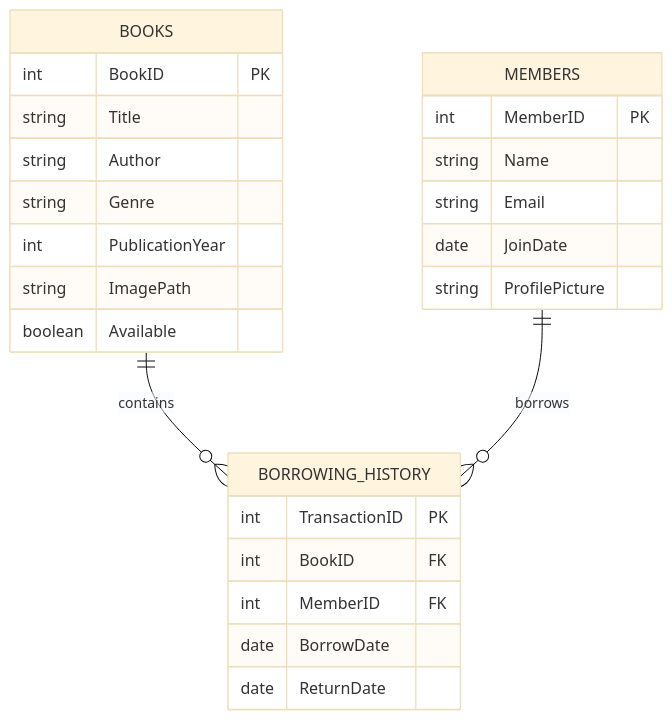
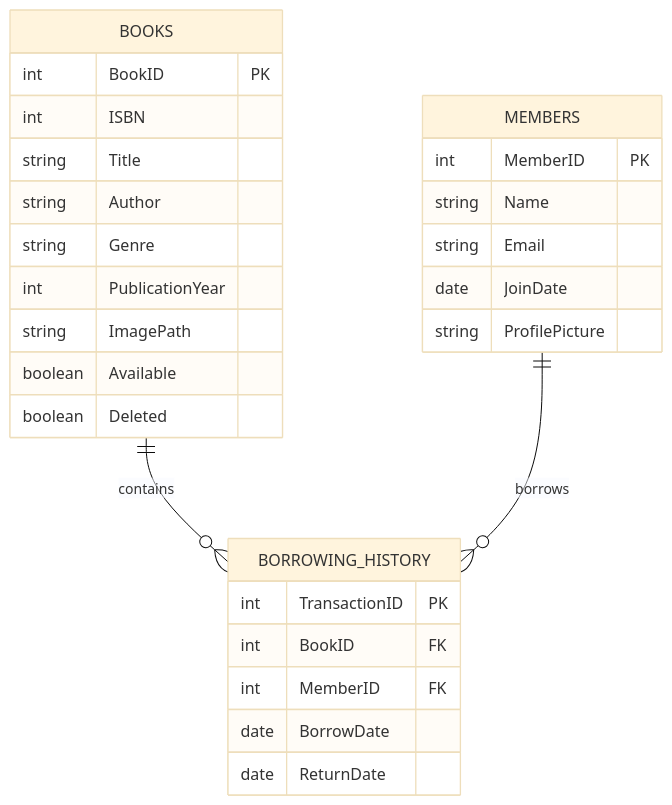
Before and after one commit to alanmaizon/windhover: the first of 2 diagrams in er_diagram.md, drawn with Mermaid (base theme). The commit also changed other lines of this file and 21 other files, not shown here.

````diff
--- a/er_diagram.md
+++ b/er_diagram.md
@@ -3,31 +3,33 @@
 ```mermaid
 erDiagram
     BOOKS {
         int BookID PK
+        int ISBN
         string Title
         string Author
         string Genre
         int PublicationYear
         string ImagePath
         boolean Available
+        boolean Deleted
     }
 
     MEMBERS {
         int MemberID PK
         string Name
         string Email
         date JoinDate
         string ProfilePicture
     }
 
     BORROWING_HISTORY {
         int TransactionID PK
         int BookID FK
         int MemberID FK
         date BorrowDate
         date ReturnDate
     }
 
     BOOKS ||--o{ BORROWING_HISTORY: contains
     MEMBERS ||--o{ BORROWING_HISTORY: borrows
 ```
````
